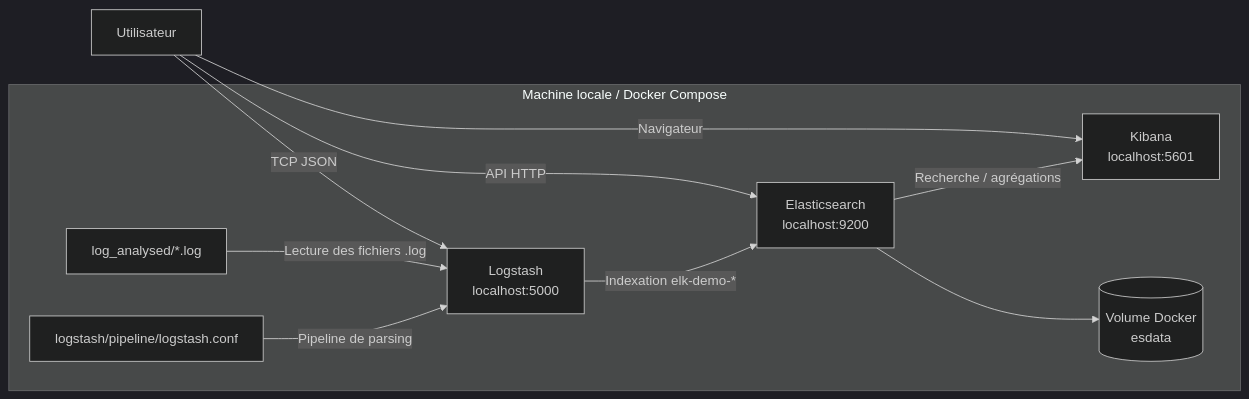
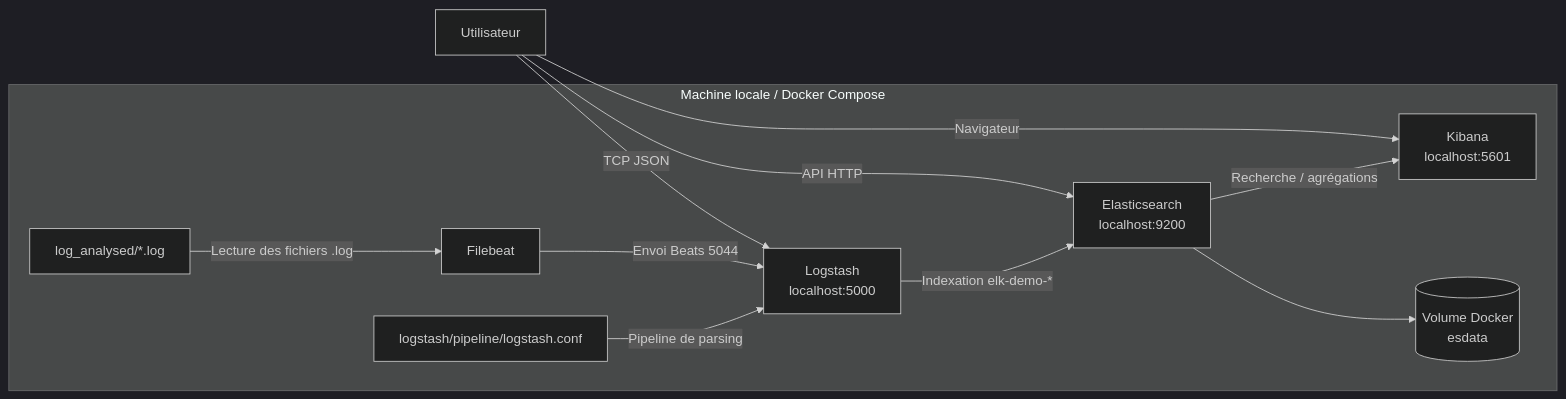
The diagram in README.md (RobinThiriet/ELK), drawn with Mermaid (dark theme) before and after one commit. The commit also changed other lines of this file and 13 other files, not shown here.

Commit message:
Add Filebeat-based Python app observability flow

````diff
--- a/README.md
+++ b/README.md
@@ -25,18 +26,20 @@
 ```mermaid
 flowchart LR
     U[Utilisateur] -->|Navigateur| K[Kibana<br/>localhost:5601]
     U -->|API HTTP| E[Elasticsearch<br/>localhost:9200]
     U -->|TCP JSON| L[Logstash<br/>localhost:5000]
 
     subgraph HOST[Machine locale / Docker Compose]
         LF[log_analysed/*.log]
+        FB[Filebeat]
         LP[logstash/pipeline/logstash.conf]
         ED[(Volume Docker<br/>esdata)]
 
-        LF -->|Lecture des fichiers .log| L
+        LF -->|Lecture des fichiers .log| FB
+        FB -->|Envoi Beats 5044| L
         LP -->|Pipeline de parsing| L
         L -->|Indexation elk-demo-*| E
         E -->|Recherche / agrégations| K
         E --> ED
     end
 ```
````
